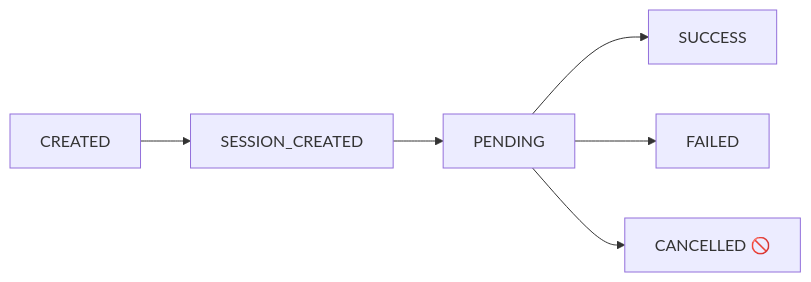
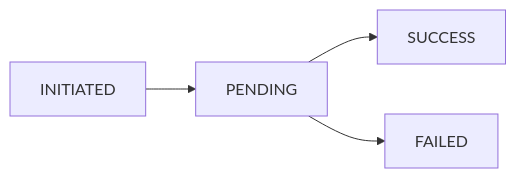
One commit to anu19981/aarokya-backend changed the third of 3 diagrams in api-reference/architecture/data-model.mdx. Above: the diagram before and after it, drawn with Mermaid. The commit also changed other lines of this file and 82 other files, not shown here.

````diff
--- a/api-reference/architecture/data-model.mdx
+++ b/api-reference/architecture/data-model.mdx
@@ -207,9 +302,7 @@
 ```mermaid
 flowchart LR
-    A[CREATED] --> B[SESSION_CREATED]
-    B --> C[PENDING]
-    C --> D[SUCCESS]
-    C --> E[FAILED]
-    C --> F[CANCELLED 🚫]
+    A[INITIATED] --> B[PENDING]
+    B --> C[SUCCESS]
+    B --> D[FAILED]
 
 ```
````
